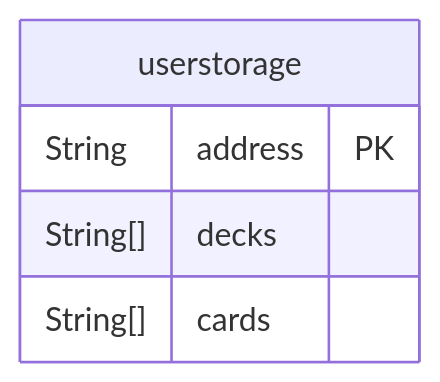
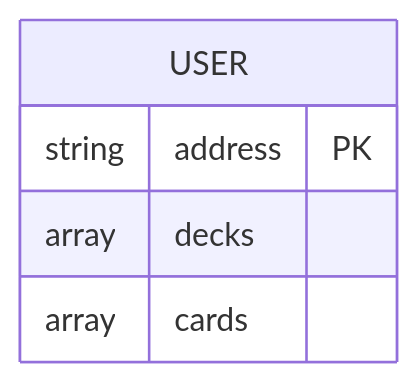
Before and after one commit to Omkar-Ghongade/Move-It-With-Aptos: the sixth of 6 diagrams in demo.md, drawn with Mermaid. The commit also changed other lines of this file, not shown here.

````diff
--- a/demo.md
+++ b/demo.md
@@ -125,8 +196,8 @@
 ```mermaid
 erDiagram
-    userstorage {
-        String address PK
-        String[] decks
-        String[] cards
+    USER {
+        string address PK
+        array decks
+        array cards
     }
 ```
````
